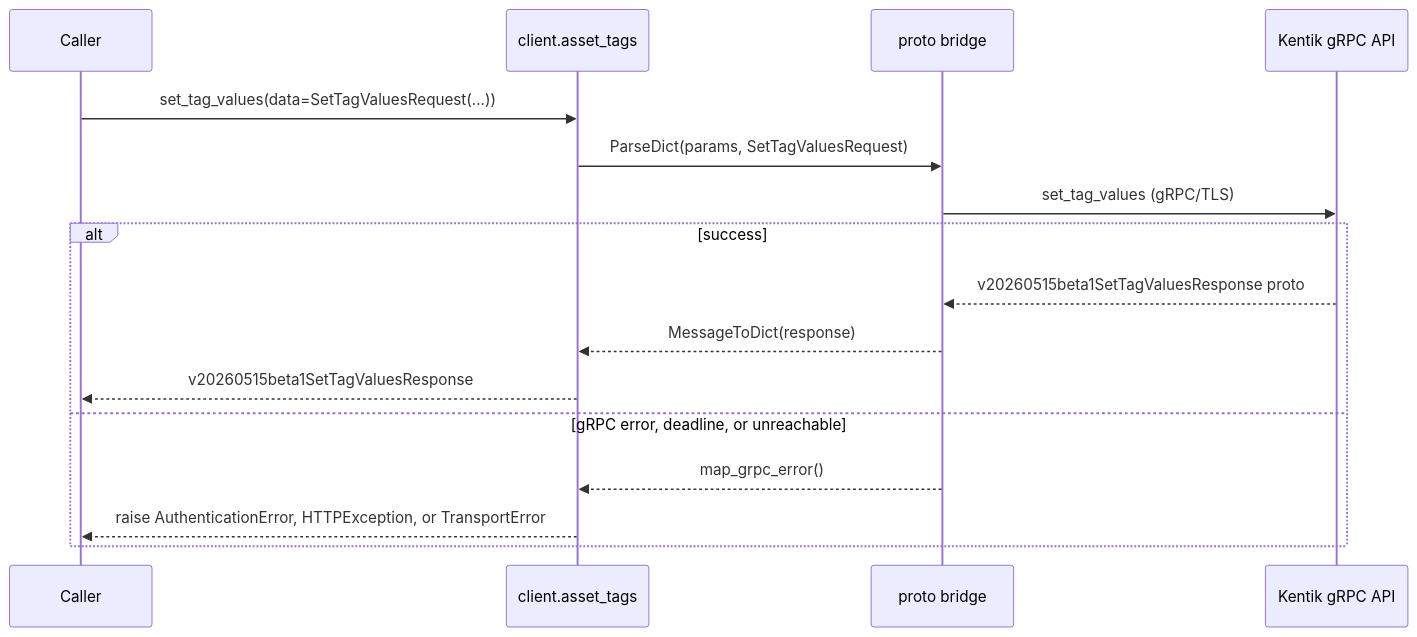
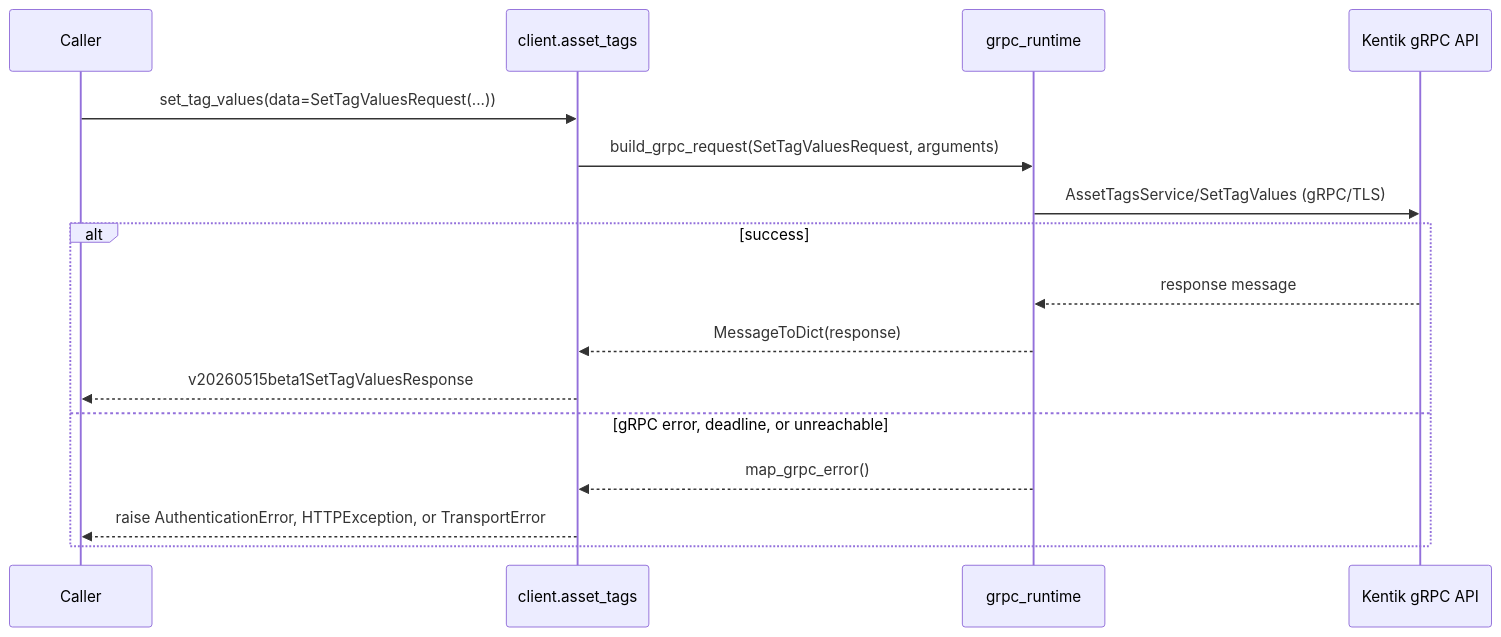
One commit to alexdearaujo/community_sdk_python changed diagram 17 of 20 in docs/sphinx/services/asset_tags.md. Above: the diagram before and after it, drawn with Mermaid. The commit also changed other lines of this file and 37 other files, not shown here.

First line of the commit message:
docs: show the real RPC in each service page's gRPC diagram

````diff
--- a/docs/sphinx/services/asset_tags.md
+++ b/docs/sphinx/services/asset_tags.md
@@ -589,19 +589,19 @@
 ```mermaid
 sequenceDiagram
     participant C as Caller
     participant W as client.asset_tags
-    participant B as proto bridge
+    participant R as grpc_runtime
     participant API as Kentik gRPC API
 
     C->>W: set_tag_values(data=SetTagValuesRequest(...))
-    W->>B: ParseDict(params, SetTagValuesRequest)
-    B->>API: set_tag_values (gRPC/TLS)
+    W->>R: build_grpc_request(SetTagValuesRequest, arguments)
+    R->>API: AssetTagsService/SetTagValues (gRPC/TLS)
     alt success
-        API-->>B: v20260515beta1SetTagValuesResponse proto
-        B-->>W: MessageToDict(response)
+        API-->>R: response message
+        R-->>W: MessageToDict(response)
         W-->>C: v20260515beta1SetTagValuesResponse
     else gRPC error, deadline, or unreachable
-        B-->>W: map_grpc_error()
+        R-->>W: map_grpc_error()
         W-->>C: raise AuthenticationError, HTTPException, or TransportError
     end
 ```
````
